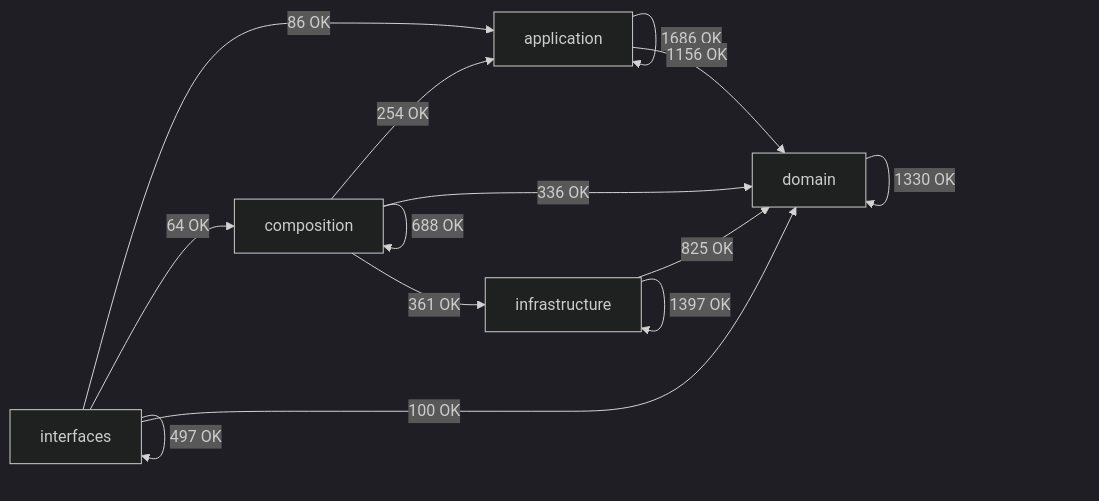
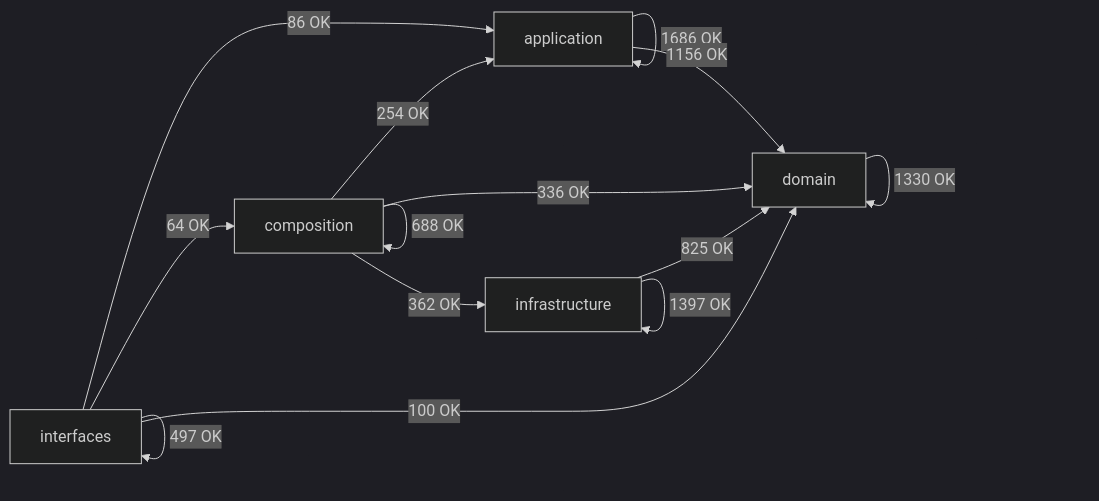
The diagram in docs/02-architecture/generated/module-dependency-map.md (SatoryKono/BioactivityDataAcquisition), drawn with Mermaid (dark theme) before and after one commit. The commit also changed other lines of this file and 11 other files, not shown here.

````diff
--- a/docs/02-architecture/generated/module-dependency-map.md
+++ b/docs/02-architecture/generated/module-dependency-map.md
@@ -17,21 +17,21 @@
 ```mermaid
 flowchart LR
     domain[domain]
     application[application]
     infrastructure[infrastructure]
     composition[composition]
     interfaces[interfaces]
     application -->|1686 OK| application
     application -->|1156 OK| domain
     composition -->|254 OK| application
     composition -->|688 OK| composition
     composition -->|336 OK| domain
-    composition -->|361 OK| infrastructure
+    composition -->|362 OK| infrastructure
     domain -->|1330 OK| domain
     infrastructure -->|825 OK| domain
     infrastructure -->|1397 OK| infrastructure
     interfaces -->|86 OK| application
     interfaces -->|64 OK| composition
     interfaces -->|100 OK| domain
     interfaces -->|497 OK| interfaces
 ```
````
